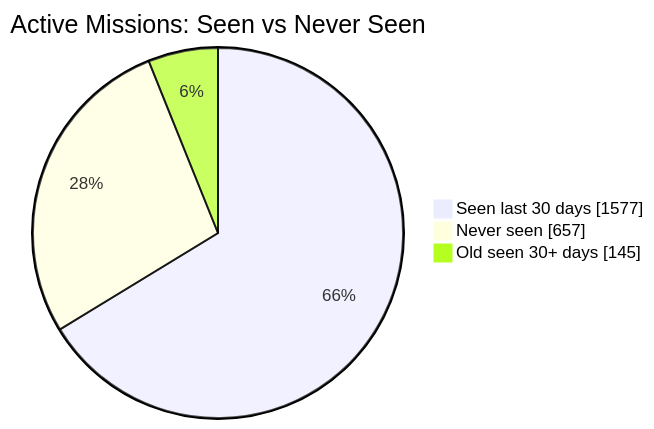
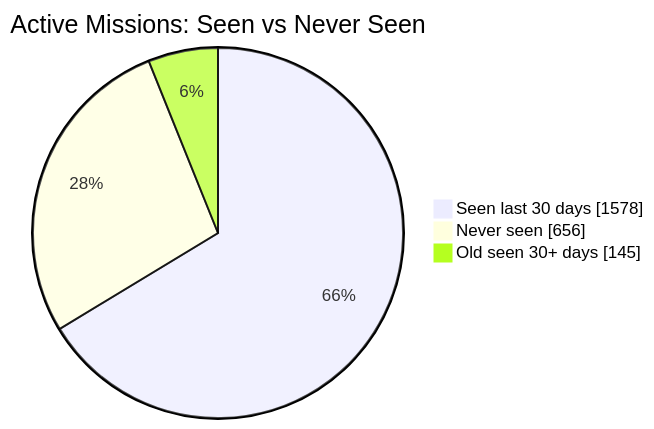
One commit to MeldkamerspelGameTeam/active-missions changed the first of 2 diagrams in README.md. Above: the diagram before and after it, drawn with Mermaid. The commit also changed other lines of this file and 2 other files, not shown here.

````diff
--- a/README.md
+++ b/README.md
@@ -34,7 +34,7 @@
 ```mermaid
 pie showData
     title Active Missions: Seen vs Never Seen
-    "Seen last 30 days" : 1577
-    "Never seen" : 657
+    "Seen last 30 days" : 1578
+    "Never seen" : 656
     "Old seen 30+ days" : 145
 ```
````
